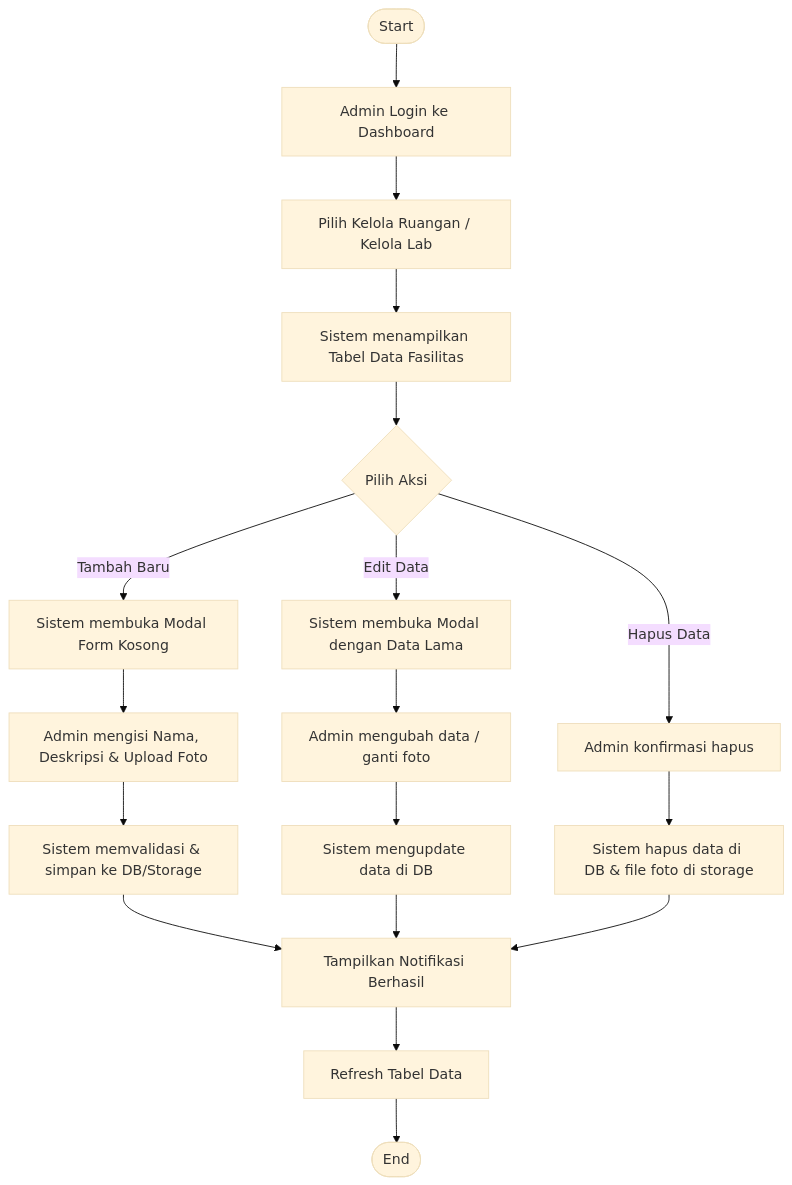
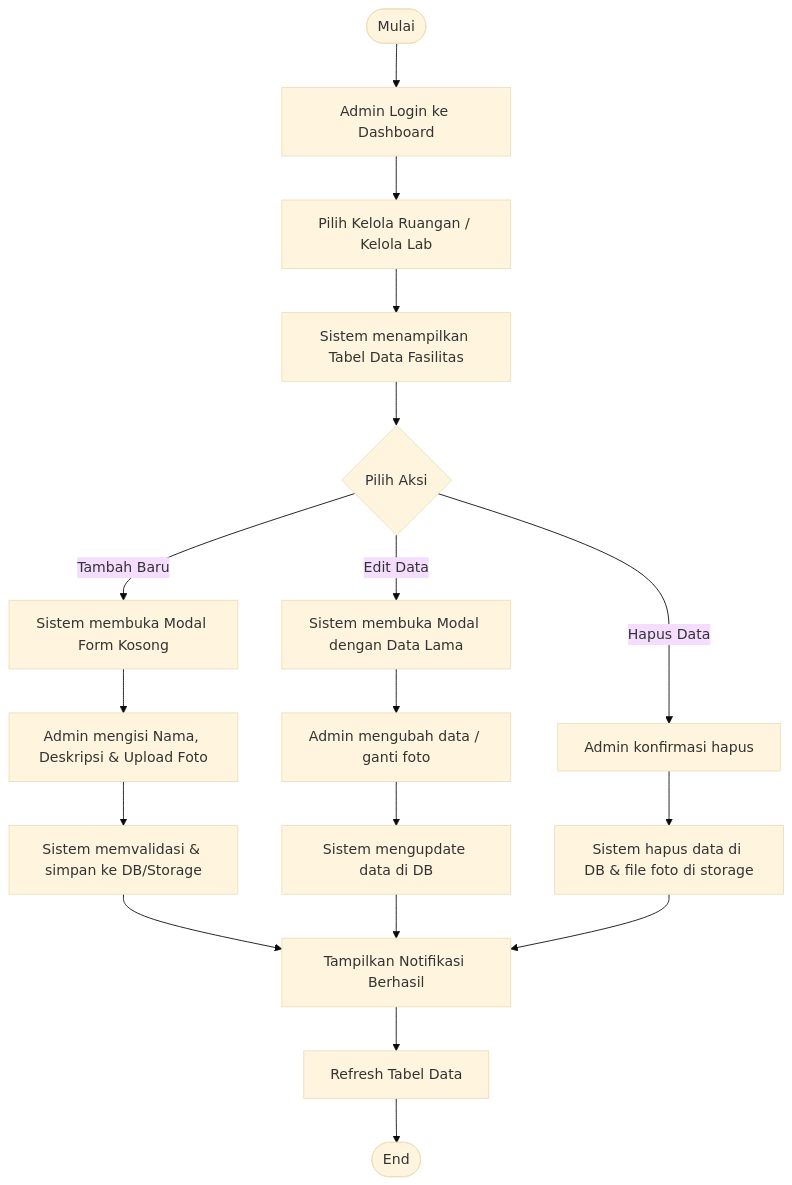
The second of 2 diagrams in docs/activity_diagram_fasilitas.md (arbain-dev/Web_fikom), drawn with Mermaid (base theme) before and after one commit. The commit also changed other lines of this file and 7 other files, not shown here.

Commit message:
docs: standarisasi semua awal flowchart diagram menjadi 'Mulai'

````diff
--- a/docs/activity_diagram_fasilitas.md
+++ b/docs/activity_diagram_fasilitas.md
@@ -36,29 +36,29 @@
 ```mermaid
 flowchart TD
-    Start([Start]) --> Login[Admin Login ke Dashboard]
+    Mulai([Mulai]) --> Login[Admin Login ke Dashboard]
     Login --> OpenModule[Pilih Kelola Ruangan / Kelola Lab]
     OpenModule --> ShowTable[Sistem menampilkan Tabel Data Fasilitas]
     
     ShowTable --> Action{Pilih Aksi}
     
     %% Alur Tambah
     Action -- "Tambah Baru" --> OpenModalTambah[Sistem membuka Modal Form Kosong]
     OpenModalTambah --> InputData[Admin mengisi Nama, Deskripsi & Upload Foto]
     InputData --> SaveData[Sistem memvalidasi & simpan ke DB/Storage]
     
     %% Alur Edit
     Action -- "Edit Data" --> OpenModalEdit[Sistem membuka Modal dengan Data Lama]
     OpenModalEdit --> UpdateData[Admin mengubah data / ganti foto]
     UpdateData --> SaveUpdate[Sistem mengupdate data di DB]
     
     %% Alur Hapus
     Action -- "Hapus Data" --> Confirm[Admin konfirmasi hapus]
     Confirm --> DeleteProcess[Sistem hapus data di DB & file foto di storage]
     
     SaveData --> Notify[Tampilkan Notifikasi Berhasil]
     SaveUpdate --> Notify
     DeleteProcess --> Notify
     
     Notify --> Refresh[Refresh Tabel Data]
     Refresh --> End([End])
 ```
````
